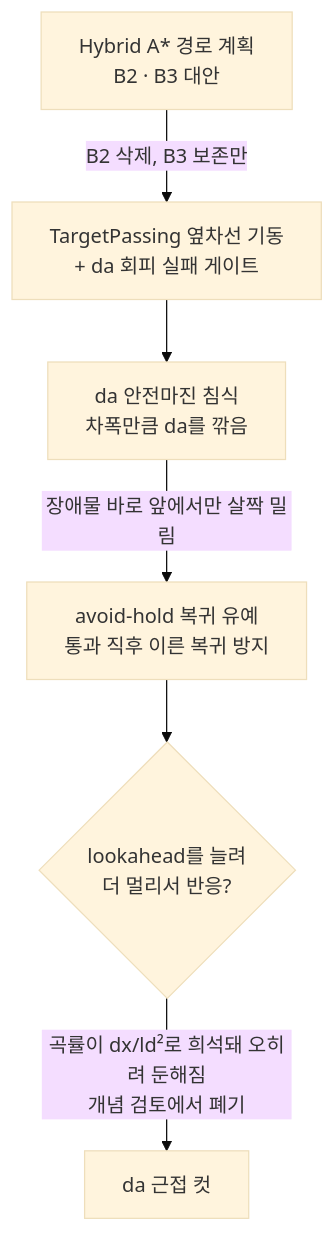
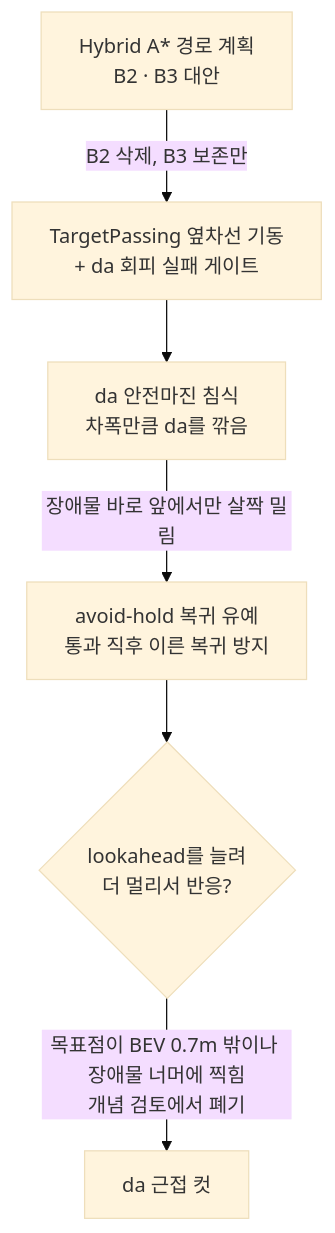
One commit to yunyunsung/kmu-autonomous-driving-2026 changed the diagram in docs/05-missions.md. Above: the diagram before and after it, drawn with Mermaid (base theme). The commit also changed other lines of this file and 8 other files, not shown here.

````diff
--- a/docs/05-missions.md
+++ b/docs/05-missions.md
@@ -82,9 +84,9 @@
 ```mermaid
 flowchart TD
     A[Hybrid A* 경로 계획<br/>B2 · B3 대안] -->|B2 삭제, B3 보존만| B
     B[TargetPassing 옆차선 기동<br/>+ da 회피 실패 게이트] --> C
     C[da 안전마진 침식<br/>차폭만큼 da를 깎음] -->|장애물 바로 앞에서만 살짝 밀림| D
     D[avoid-hold 복귀 유예<br/>통과 직후 이른 복귀 방지] --> E
-    E{lookahead를 늘려<br/>더 멀리서 반응?} -->|곡률이 dx/ld²로 희석돼 오히려 둔해짐<br/>개념 검토에서 폐기| F
+    E{lookahead를 늘려<br/>더 멀리서 반응?} -->|목표점이 BEV 0.7m 밖이나 장애물 너머에 찍힘<br/>개념 검토에서 폐기| F
     F[da 근접 컷]
 ```
````
